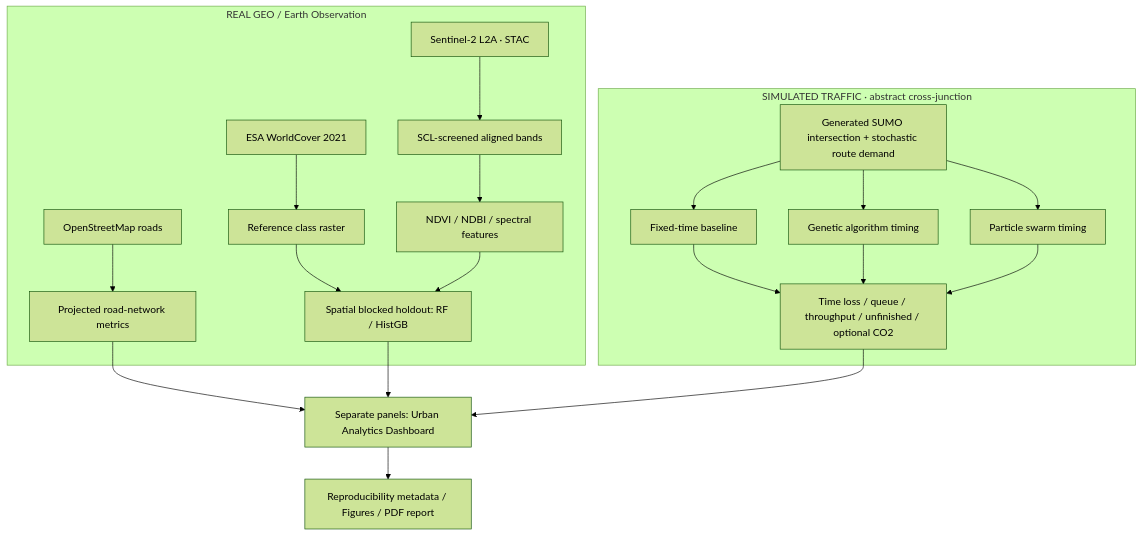
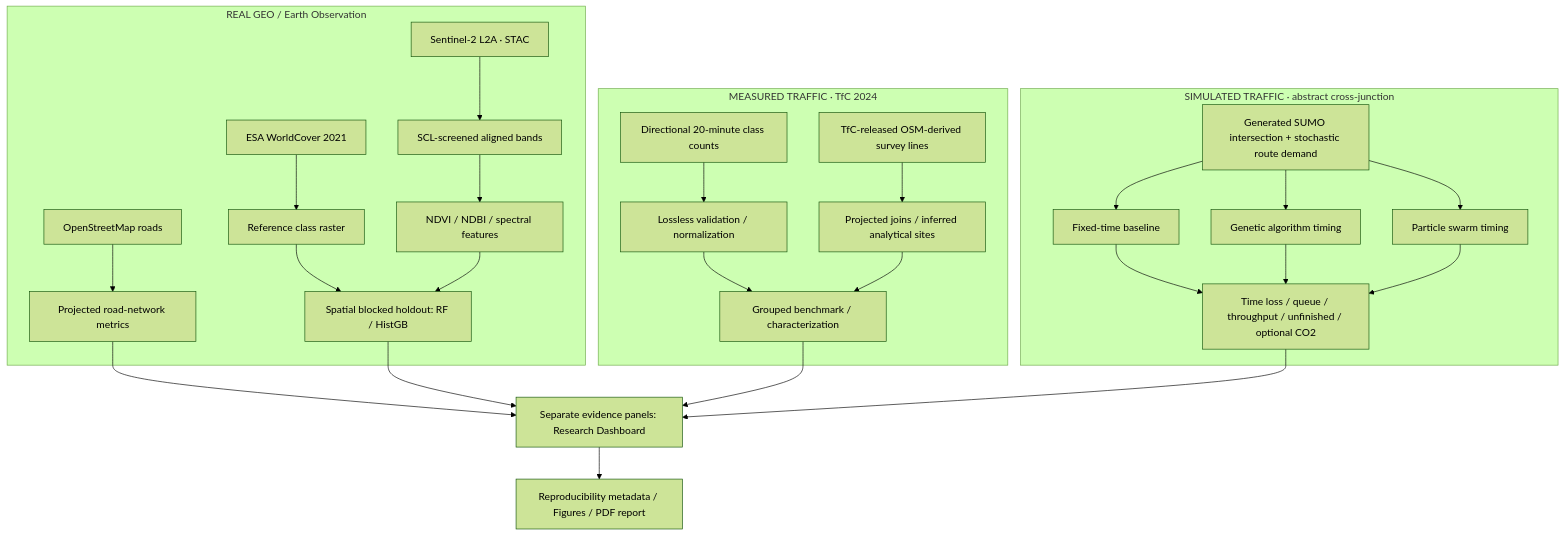
One commit to Roaa-838/UrbanTwin-AI changed the diagram in README.md. Above: the diagram before and after it, drawn with Mermaid (forest theme). The commit also changed other lines of this file and 32 other files, not shown here.

Commit message:
feat: add observed Cairo traffic research workflow

````diff
--- a/README.md
+++ b/README.md
@@ -37,23 +44,30 @@
 ```mermaid
 flowchart TB
     subgraph Earth[REAL GEO / Earth Observation]
       S[Sentinel-2 L2A · STAC] --> A[SCL-screened aligned bands]
       W[ESA WorldCover 2021] --> C[Reference class raster]
       O[OpenStreetMap roads] --> R[Projected road-network metrics]
       A --> F[NDVI / NDBI / spectral features]
       C --> ML[Spatial blocked holdout: RF / HistGB]
       F --> ML
     end
+    subgraph Observed[MEASURED TRAFFIC · TfC 2024]
+      D[Directional 20-minute class counts] --> I[Lossless validation / normalization]
+      G[TfC-released OSM-derived survey lines] --> J[Projected joins / inferred analytical sites]
+      I --> M[Grouped benchmark / characterization]
+      J --> M
+    end
     subgraph Sim[SIMULATED TRAFFIC · abstract cross-junction]
       N[Generated SUMO intersection + stochastic route demand] --> B[Fixed-time baseline]
       N --> GA[Genetic algorithm timing]
       N --> PSO[Particle swarm timing]
       B --> T[Time loss / queue / throughput / unfinished / optional CO2]
       GA --> T
       PSO --> T
     end
-    R --> V[Separate panels: Urban Analytics Dashboard]
+    R --> V[Separate evidence panels: Research Dashboard]
     ML --> V
+    M --> V
     T --> V
     V --> P[Reproducibility metadata / Figures / PDF report]
 ```
````
